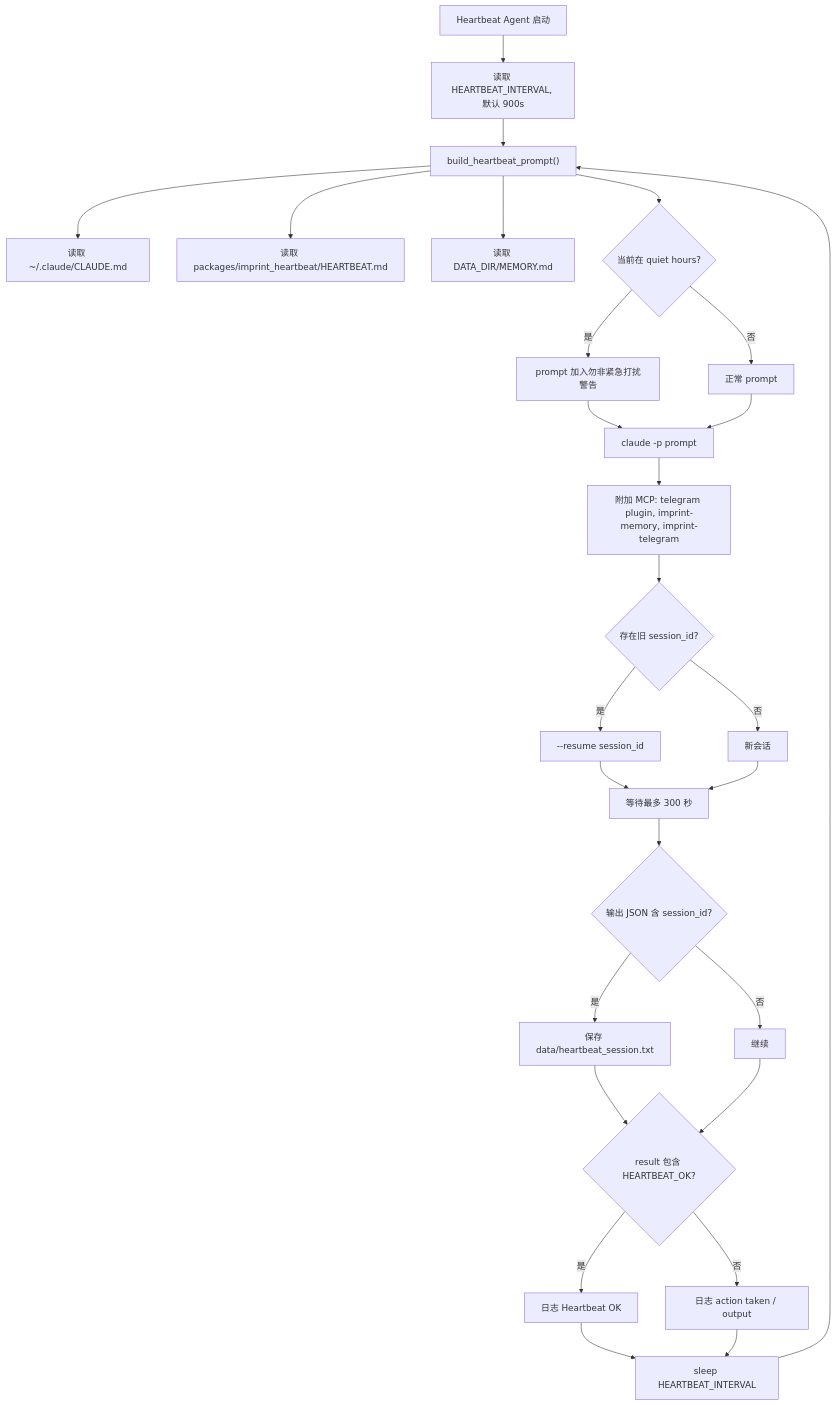
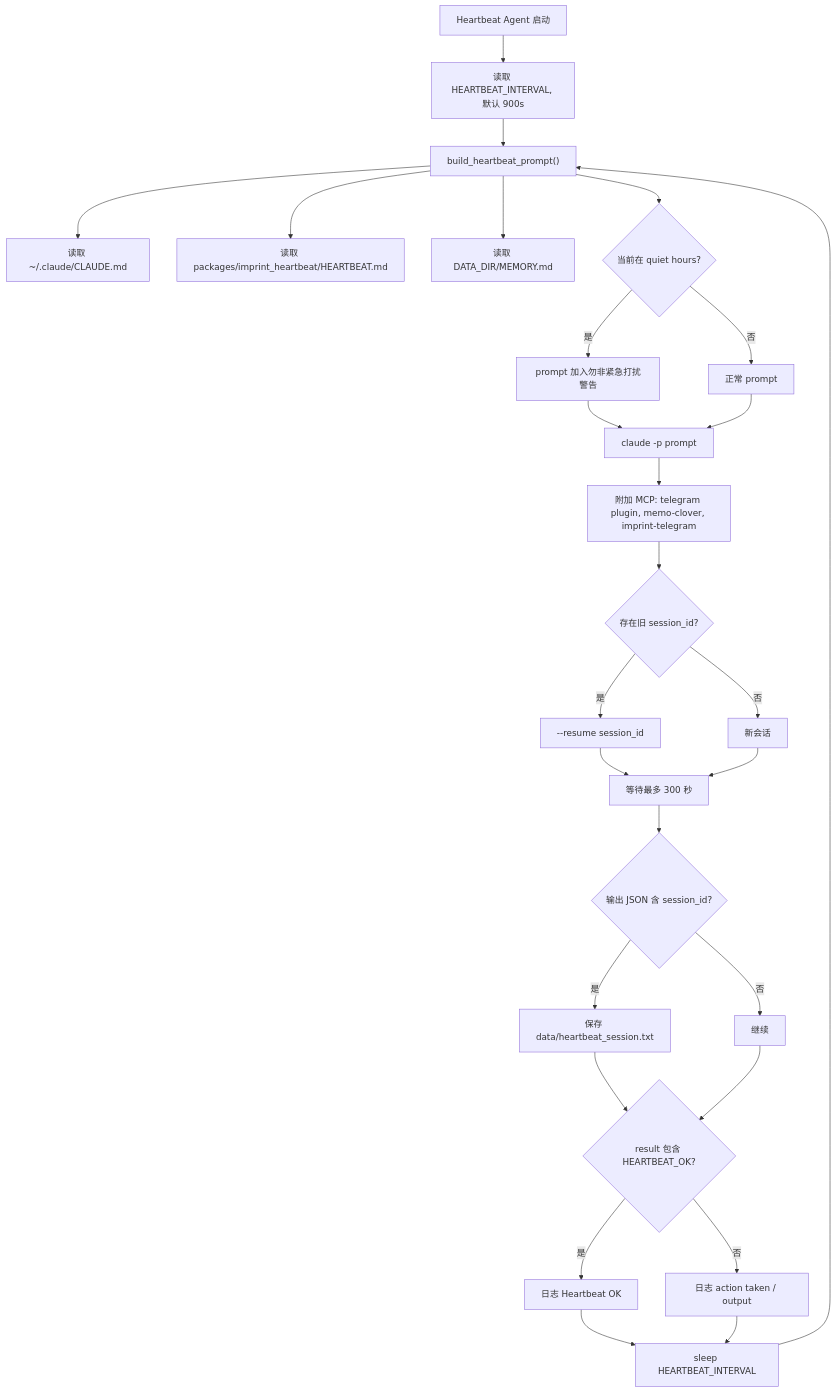
One commit to yanyan1115/claude-imprint changed the fifth of 6 diagrams in docs/hooks-and-automation.md. Above: the diagram before and after it, drawn with Mermaid. The commit also changed other lines of this file and 37 other files, not shown here.

Commit message:
feat: 🍀 migrate memory core to MemoClover ecosystem

````diff
--- a/docs/hooks-and-automation.md
+++ b/docs/hooks-and-automation.md
@@ -417,29 +417,29 @@
 ```mermaid
 flowchart TD
     A["Heartbeat Agent 启动"] --> B["读取 HEARTBEAT_INTERVAL, 默认 900s"]
     B --> C["build_heartbeat_prompt()"]
     C --> D["读取 ~/.claude/CLAUDE.md"]
     C --> E["读取 packages/imprint_heartbeat/HEARTBEAT.md"]
     C --> F["读取 DATA_DIR/MEMORY.md"]
     C --> G{"当前在 quiet hours?"}
     G -->|"是"| H["prompt 加入勿非紧急打扰警告"]
     G -->|"否"| I["正常 prompt"]
     H --> J["claude -p prompt"]
     I --> J
-    J --> K["附加 MCP: telegram plugin, imprint-memory, imprint-telegram"]
+    J --> K["附加 MCP: telegram plugin, memo-clover, imprint-telegram"]
     K --> L{"存在旧 session_id?"}
     L -->|"是"| M["--resume session_id"]
     L -->|"否"| N["新会话"]
     M --> O["等待最多 300 秒"]
     N --> O
     O --> P{"输出 JSON 含 session_id?"}
     P -->|"是"| Q["保存 data/heartbeat_session.txt"]
     P -->|"否"| R["继续"]
     Q --> S{"result 包含 HEARTBEAT_OK?"}
     R --> S
     S -->|"是"| T["日志 Heartbeat OK"]
     S -->|"否"| U["日志 action taken / output"]
     T --> V["sleep HEARTBEAT_INTERVAL"]
     U --> V
     V --> C
 ```
````
